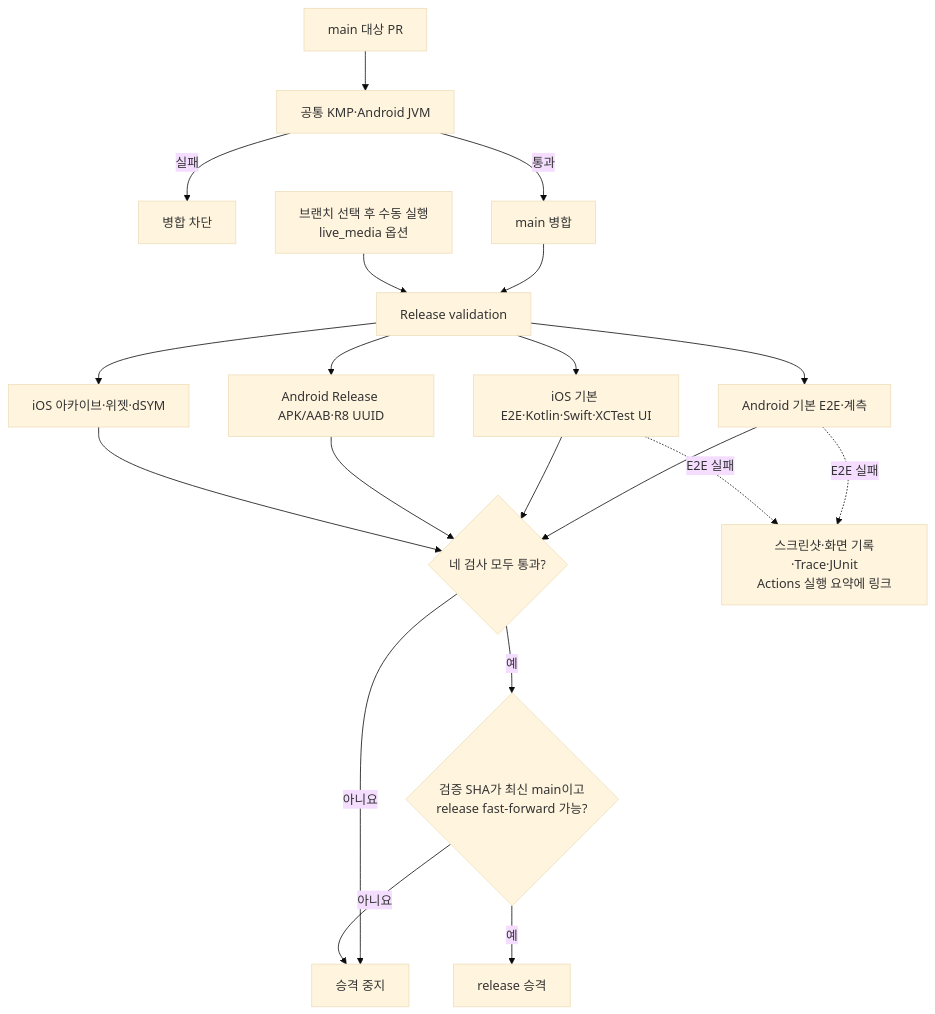
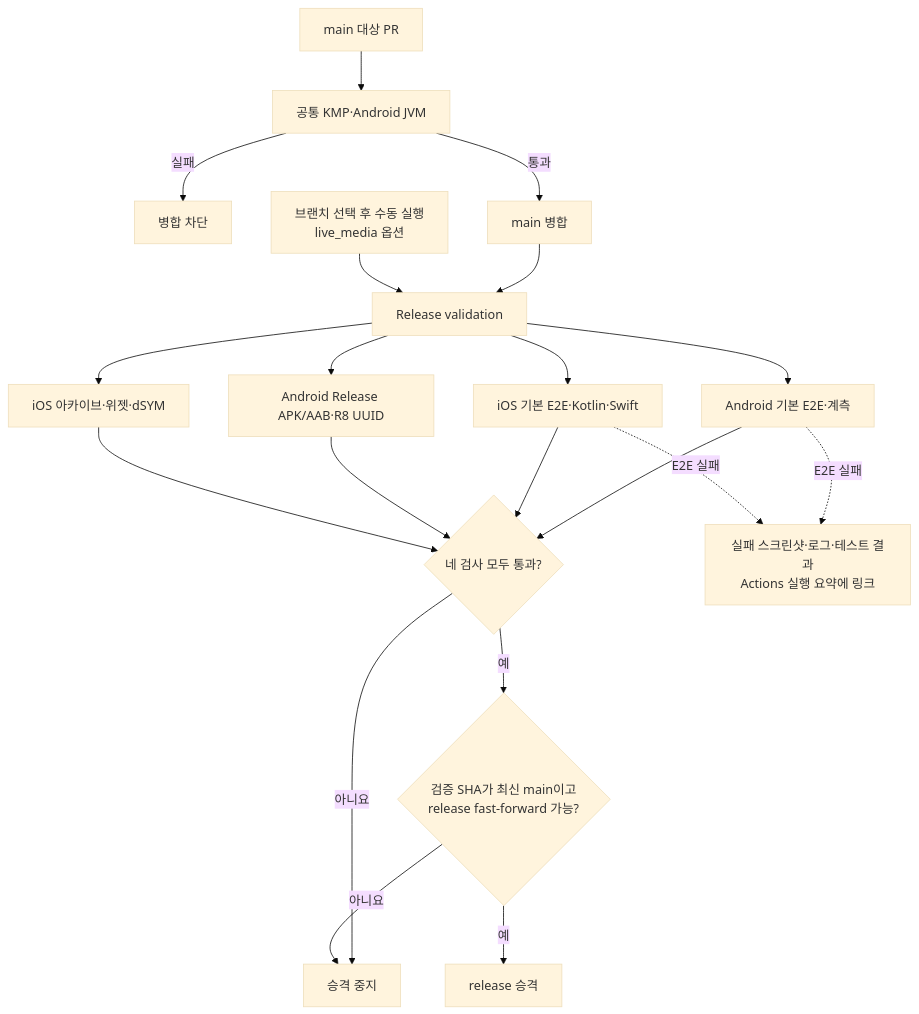
The diagram in docs/TESTING.md (IceCream0910/kw-klas-plus), drawn with Mermaid (base theme) before and after one commit. The commit also changed other lines of this file and 10 other files, not shown here.

````diff
--- a/docs/TESTING.md
+++ b/docs/TESTING.md
@@ -17,22 +17,22 @@
 ```mermaid
 flowchart TD
     PR["main 대상 PR"] --> JVM["공통 KMP·Android JVM"]
     JVM -->|실패| BlockPR["병합 차단"]
     JVM -->|통과| Merge["main 병합"]
     Merge --> Run["Release validation"]
     Manual["브랜치 선택 후 수동 실행<br/>live_media 옵션"] --> Run
     Run --> A["Android 기본 E2E·계측"]
-    Run --> I["iOS 기본 E2E·Kotlin·Swift·XCTest UI"]
+    Run --> I["iOS 기본 E2E·Kotlin·Swift"]
     Run --> AB["Android Release APK/AAB·R8 UUID"]
     Run --> IB["iOS 아카이브·위젯·dSYM"]
     A --> Gate{"네 검사 모두 통과?"}
     I --> Gate
     AB --> Gate
     IB --> Gate
-    A -. E2E 실패 .-> Evidence["스크린샷·화면 기록·Trace·JUnit<br/>Actions 실행 요약에 링크"]
+    A -. E2E 실패 .-> Evidence["실패 스크린샷·로그·테스트 결과<br/>Actions 실행 요약에 링크"]
     I -. E2E 실패 .-> Evidence
     Gate -->|아니요| Stop["승격 중지"]
     Gate -->|예| Ref{"검증 SHA가 최신 main이고<br/>release fast-forward 가능?"}
     Ref -->|예| Release["release 승격"]
     Ref -->|아니요| Stop
 ```
````
